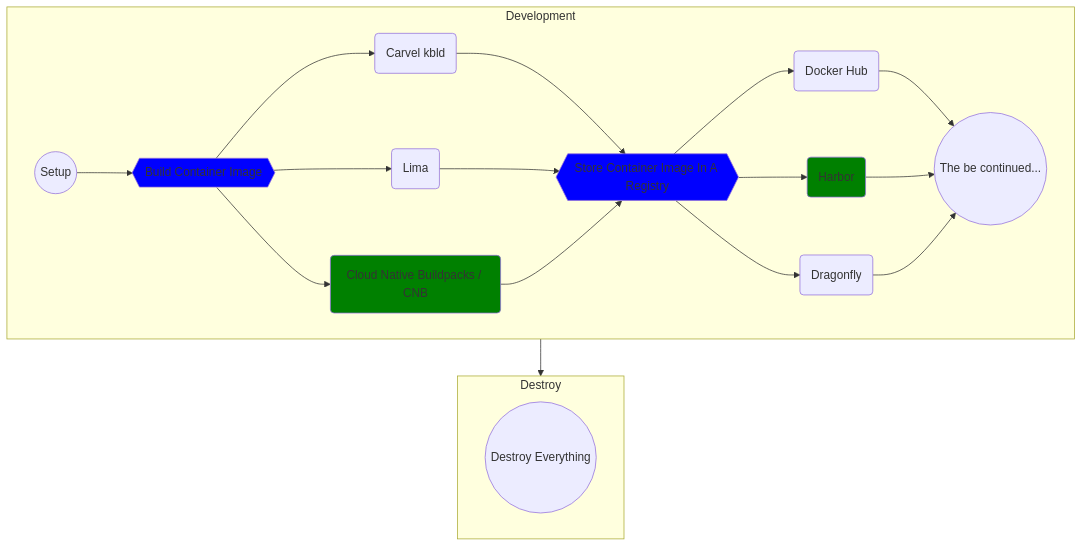
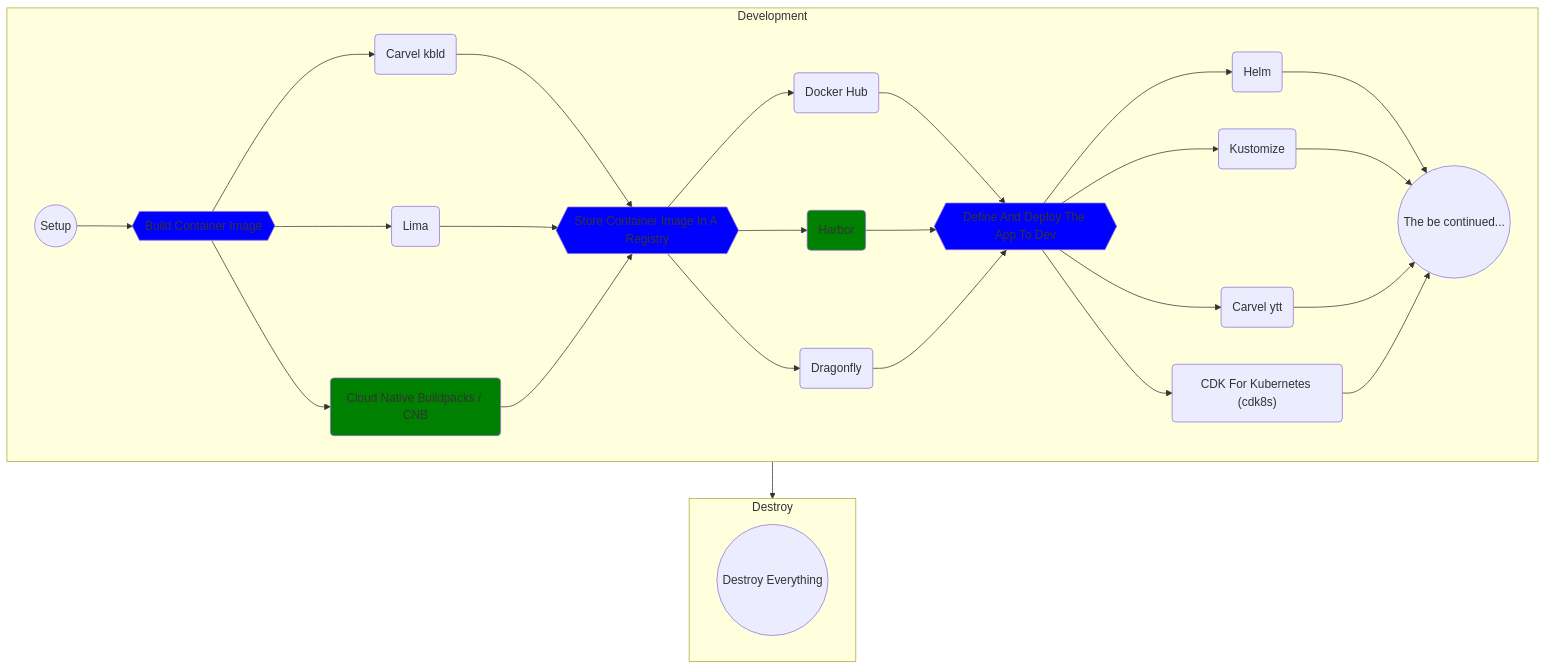
Before and after one commit to vfarcic/cncf-demo: the second of 2 diagrams in README.md, drawn with Mermaid. The commit also changed 8 other files, not shown here.

````diff
--- a/README.md
+++ b/README.md
@@ -38,59 +38,75 @@
 ```mermaid
 flowchart TD
 
     subgraph Development
 
         %% -----------
         %% -- Setup --
         %% -----------
         setup-dev((Setup))
         click setup-dev "https://github.com/vfarcic/cncf-demo/blob/main/manuscript/setup/dev.md"
 
         %% -- Setup Connections --
         setup-dev-->bci
 
         %% ---------------------------
         %% -- Build Container Image --
         %% ---------------------------
         bci{{Build Container Image}}
         click bci "https://github.com/vfarcic/cncf-demo/blob/main/manuscript/build-container-image/README.md"
         style bci fill:blue
         bci-kbld(Carvel kbld)
         click bci-kbld "https://github.com/vfarcic/cncf-demo/blob/main/manuscript/build-container-image/kbld.md"
         bci-lima(Lima)
         click bci-lima "https://github.com/vfarcic/cncf-demo/blob/main/manuscript/build-container-image/lima.md"
         bci-buildpacks(Cloud Native Buildpacks / CNB)
         style bci-buildpacks fill:green
         click bci-buildpacks "https://github.com/vfarcic/cncf-demo/blob/main/manuscript/build-container-image/buildpacks.md"
 
         %% -- Build Container Image Connections --
         bci --> bci-kbld & bci-lima & bci-buildpacks --> registry
 
         %% -----------------------------------------
         %% -- Store Container Image in a Registry --
         %% -----------------------------------------
         registry{{Store Container Image In A Registry}}
         click registry "https://github.com/vfarcic/cncf-demo/blob/main/manuscript/registry/README.md"
         style registry fill:blue
         registry-docker-hub(Docker Hub)
         click registry-docker-hub "https://github.com/vfarcic/cncf-demo/blob/main/manuscript/registry/docker-hub.md"
         registry-harbor(Harbor)
         click registry-harbor "https://github.com/vfarcic/cncf-demo/blob/main/manuscript/registry/harbor.md"
         style registry-harbor fill:green
         registry-dragonfly(Dragonfly)
         click registry-dragonfly "https://github.com/vfarcic/cncf-demo/blob/main/manuscript/registry/dragonfly.md"
-        registry --> registry-docker-hub & registry-harbor & registry-dragonfly --> continue
+        registry --> registry-docker-hub & registry-harbor & registry-dragonfly --> ddd
+
+        %% --------------------------------------
+        %% -- Define And Deploy The App To Dev --
+        %% --------------------------------------
+        ddd{{Define And Deploy The App To Dev}}
+        click ddd "https://github.com/vfarcic/cncf-demo/blob/main/manuscript/define-deploy-dev/README.md"
+        style ddd fill:blue
+        ddd-helm(Helm)
+        click ddd-helm "https://github.com/vfarcic/cncf-demo/blob/main/manuscript/define-deploy-dev/helm.md"
+        ddd-kustomize(Kustomize)
+        click ddd-kustomize "https://github.com/vfarcic/cncf-demo/blob/main/manuscript/define-deploy-dev/kustomize.md"
+        ddd-carvel(Carvel ytt)
+        click ddd-carvel "https://github.com/vfarcic/cncf-demo/blob/main/manuscript/define-deploy-dev/carvel-ytt.md"
+        ddd-cdk8s("CDK For Kubernetes (cdk8s)")
+        click ddd-cdk8s "https://github.com/vfarcic/cncf-demo/blob/main/manuscript/define-deploy-dev/cdk8s.md"
+        ddd --> ddd-helm & ddd-kustomize & ddd-carvel & ddd-cdk8s --> continue
 
         continue((The be continued...))
 
     end
 
     Development-->Destroy
 
     subgraph Destroy
 
         destroy((Destroy Everything))
         click destroy "https://github.com/vfarcic/cncf-demo/blob/main/manuscript/destroy.md"
 
     end
 ```
````
